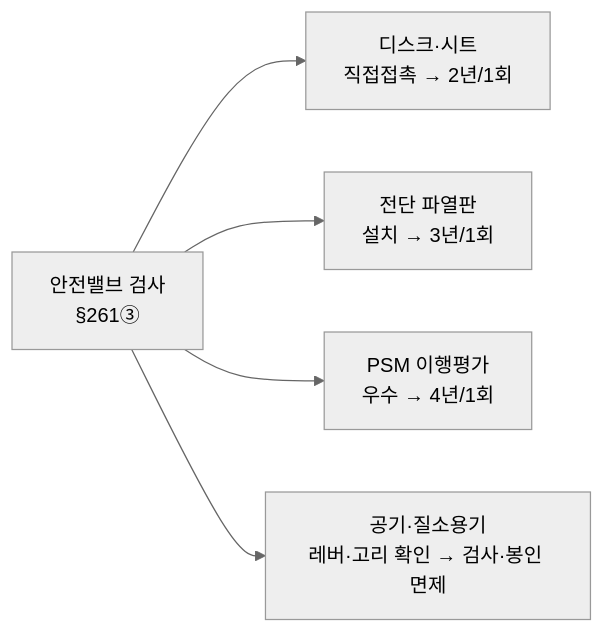
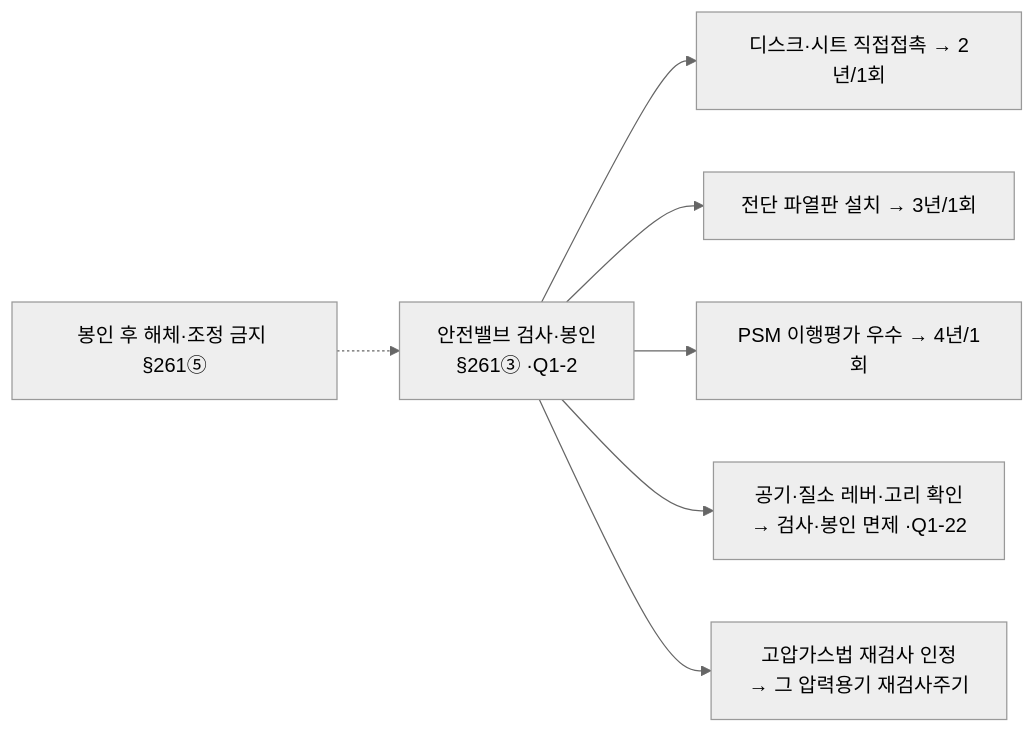
The third of 6 diagrams in topics/01_안전장치.md (roy-zz/industrial-safety-viz), drawn with Mermaid (neutral theme) before and after one commit. The commit also changed other lines of this file and 1 other file, not shown here.

````diff
--- a/topics/01_안전장치.md
+++ b/topics/01_안전장치.md
@@ -61,7 +50,9 @@
 ```mermaid
 flowchart LR
-    S[안전밸브 검사<br/>§261③] --> A[디스크·시트<br/>직접접촉 → 2년/1회]
-    S --> B[전단 파열판<br/>설치 → 3년/1회]
-    S --> C[PSM 이행평가<br/>우수 → 4년/1회]
-    S --> D[공기·질소용기<br/>레버·고리 확인 → 검사·봉인 면제]
+    S[안전밸브 검사·봉인<br/>§261③ ·Q1-2] --> A[디스크·시트 직접접촉 → 2년/1회]
+    S --> B[전단 파열판 설치 → 3년/1회]
+    S --> C[PSM 이행평가 우수 → 4년/1회]
+    S --> D[공기·질소 레버·고리 확인<br/>→ 검사·봉인 면제 ·Q1-22]
+    S --> E[고압가스법 재검사 인정<br/>→ 그 압력용기 재검사주기]
+    F[봉인 후 해체·조정 금지 §261⑤] -.-> S
 ```
````
